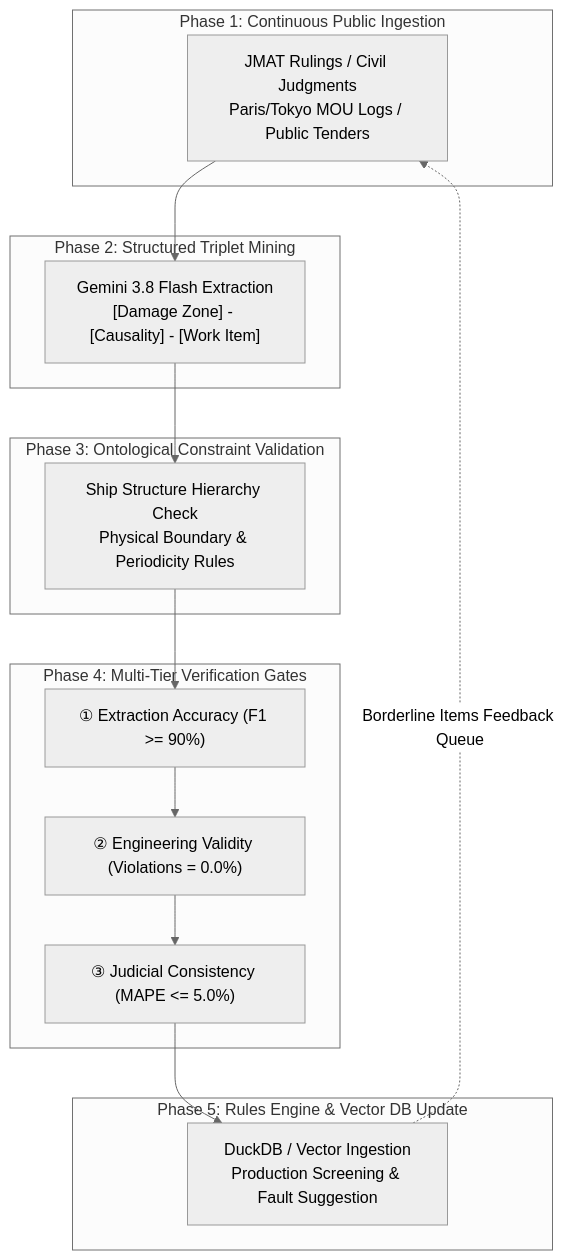
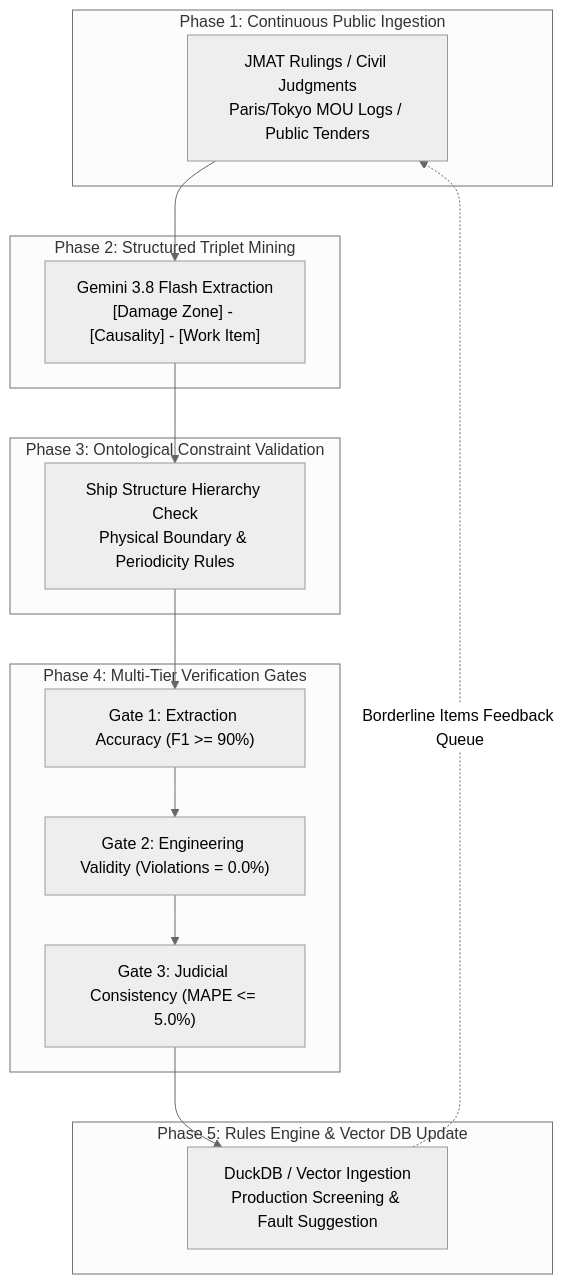
The diagram in docs/iterative_knowledge_loop_specification.md (edgesentry/marine-claims-ai), drawn with Mermaid (neutral theme) before and after one commit. The commit also changed other lines of this file and 39 other files, not shown here.

````diff
--- a/docs/iterative_knowledge_loop_specification.md
+++ b/docs/iterative_knowledge_loop_specification.md
@@ -21,30 +21,30 @@
 ```mermaid
 flowchart TD
     subgraph P1["Phase 1: Continuous Public Ingestion"]
         S1["JMAT Rulings / Civil Judgments<br>Paris/Tokyo MOU Logs / Public Tenders"]
     end
 
     subgraph P2["Phase 2: Structured Triplet Mining"]
         S2["Gemini 3.8 Flash Extraction<br>[Damage Zone] - [Causality] - [Work Item]"]
     end
 
     subgraph P3["Phase 3: Ontological Constraint Validation"]
         S3["Ship Structure Hierarchy Check<br>Physical Boundary & Periodicity Rules"]
     end
 
     subgraph P4["Phase 4: Multi-Tier Verification Gates"]
-        V1["① Extraction Accuracy (F1 >= 90%)"]
-        V2["② Engineering Validity (Violations = 0.0%)"]
-        V3["③ Judicial Consistency (MAPE <= 5.0%)"]
+        V1["Gate 1: Extraction Accuracy (F1 >= 90%)"]
+        V2["Gate 2: Engineering Validity (Violations = 0.0%)"]
+        V3["Gate 3: Judicial Consistency (MAPE <= 5.0%)"]
     end
 
     subgraph P5["Phase 5: Rules Engine & Vector DB Update"]
         S5["DuckDB / Vector Ingestion<br>Production Screening & Fault Suggestion"]
     end
 
     S1 --> S2
     S2 --> S3
     S3 --> V1 --> V2 --> V3
     V3 --> S5
     S5 -.->|"Borderline Items Feedback Queue"| S1
 ```
````
